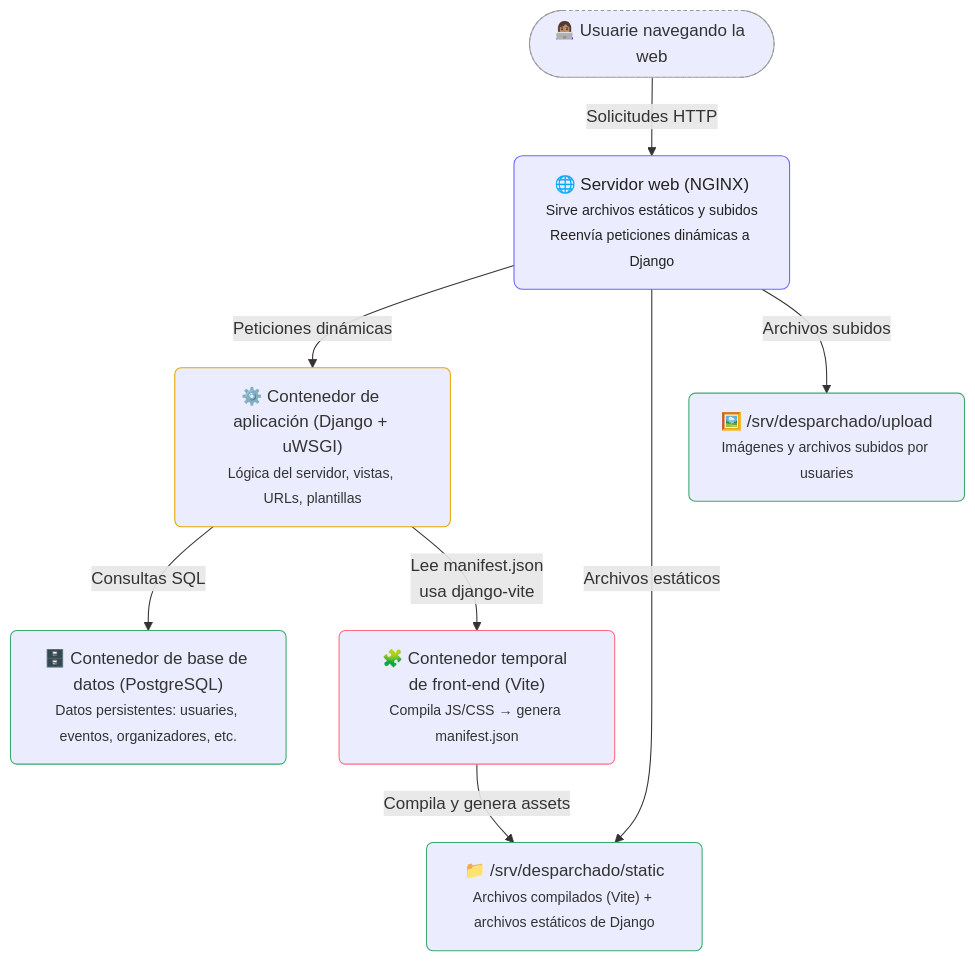
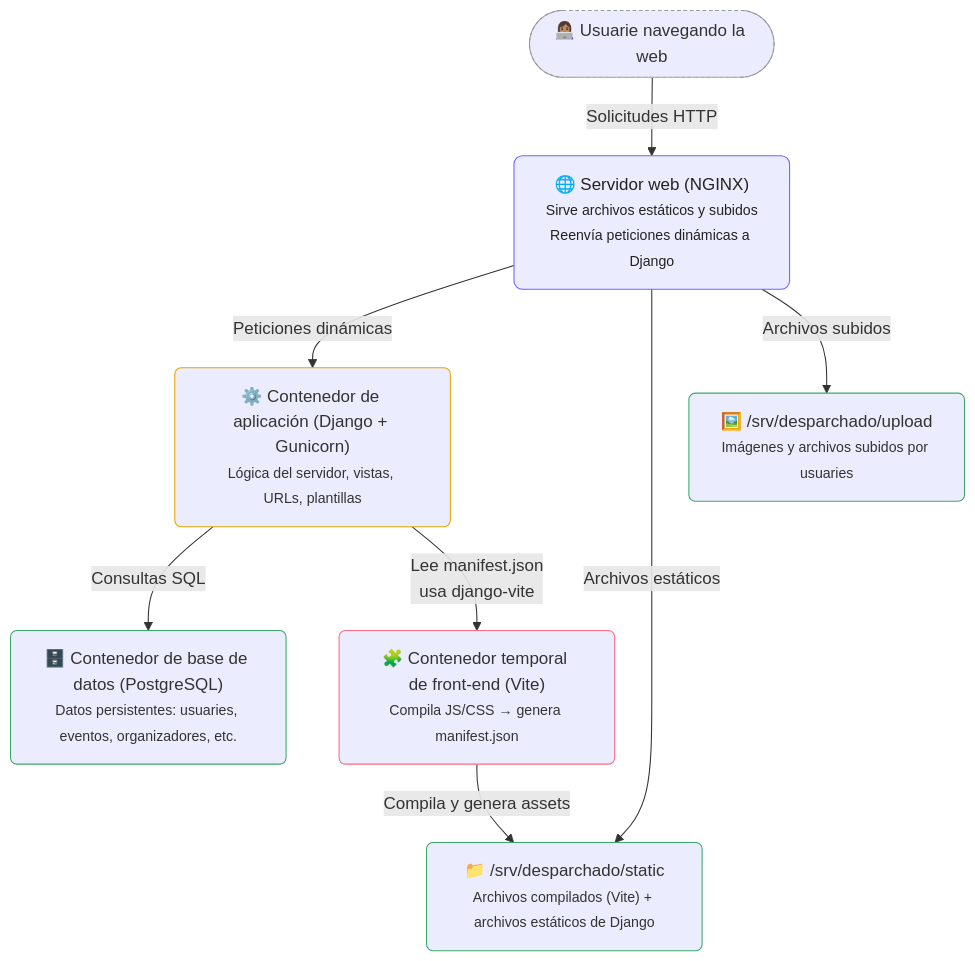
One commit to cansadadeserfeliz/desparchado changed the diagram in docs/explanations/architecture.md. Above: the diagram before and after it, drawn with Mermaid. The commit also changed other lines of this file and 6 other files, not shown here.

````diff
--- a/docs/explanations/architecture.md
+++ b/docs/explanations/architecture.md
@@ -61,37 +61,37 @@
 ```mermaid
 graph TD
     %% Style setup
     classDef service stroke:#6C63FF,stroke-width:1px,color:#222,rx:8px,ry:8px
     classDef container stroke:#E6A700,stroke-width:1px,rx:6px,ry:6px
     classDef data stroke:#3BAA6A,stroke-width:1px,rx:6px,ry:6px
     classDef temp stroke:#FF6B81,stroke-width:1px,rx:6px,ry:6px
     classDef flow stroke:#999,stroke-dasharray:3 3
 
     %% Entry point
     User(["👩🏽‍💻 Usuarie navegando la web"]):::flow
 
     %% Main server
     NGINX["🌐 Servidor web (NGINX)<br><small>Sirve archivos estáticos y subidos<br>Reenvía peticiones dinámicas a Django</small>"]:::service
 
     %% Backend
-    Django["⚙️ Contenedor de aplicación (Django + uWSGI)<br><small>Lógica del servidor, vistas, URLs, plantillas</small>"]:::container
+    Django["⚙️ Contenedor de aplicación (Django + Gunicorn)<br><small>Lógica del servidor, vistas, URLs, plantillas</small>"]:::container
 
     %% Database
     PostgreSQL["🗄️ Contenedor de base de datos (PostgreSQL)<br><small>Datos persistentes: usuaries, eventos, organizadores, etc.</small>"]:::data
 
     %% Frontend build
     Vite["🧩 Contenedor temporal de front-end (Vite)<br><small>Compila JS/CSS → genera manifest.json</small>"]:::temp
 
     %% Storage
     Static["📁 /srv/desparchado/static<br><small>Archivos compilados (Vite) + archivos estáticos de Django</small>"]:::data
     Uploads["🖼️ /srv/desparchado/upload<br><small>Imágenes y archivos subidos por usuaries</small>"]:::data
 
     %% Relations
     User -->|Solicitudes HTTP| NGINX
     NGINX -->|Peticiones dinámicas| Django
     NGINX -->|Archivos estáticos| Static
     NGINX -->|Archivos subidos| Uploads
     Django -->|Consultas SQL| PostgreSQL
     Vite -->|Compila y genera assets| Static
     Django -->|Lee manifest.json<br>usa django-vite| Vite
 ```
````
